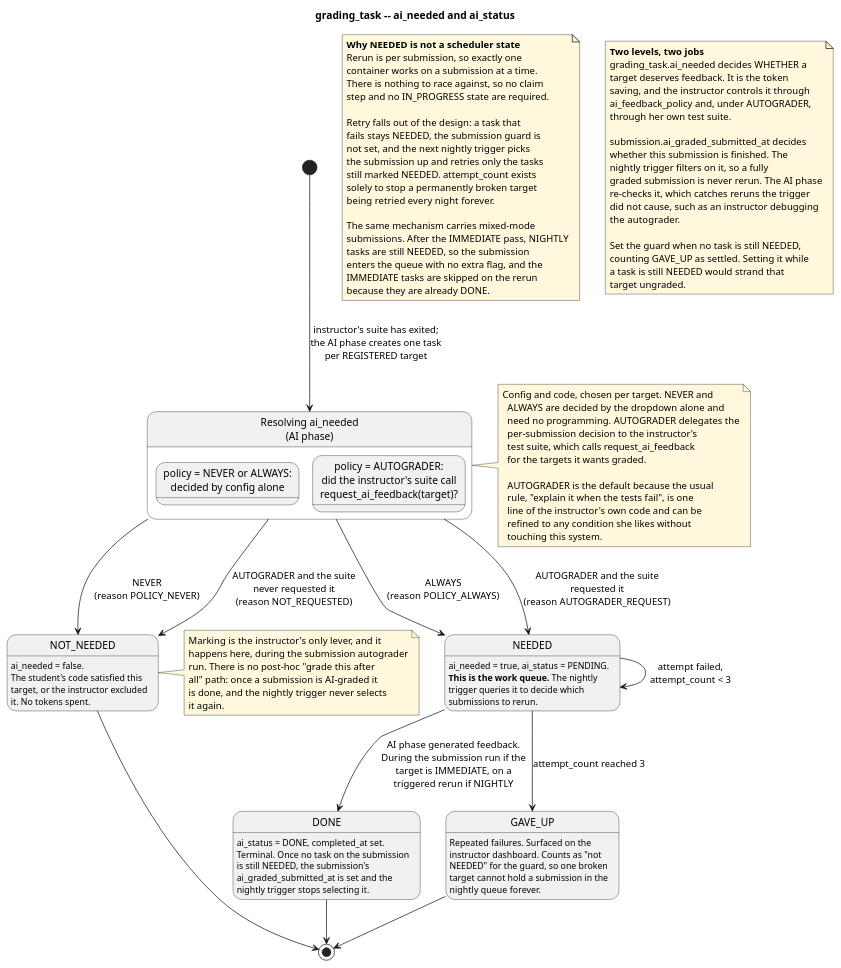
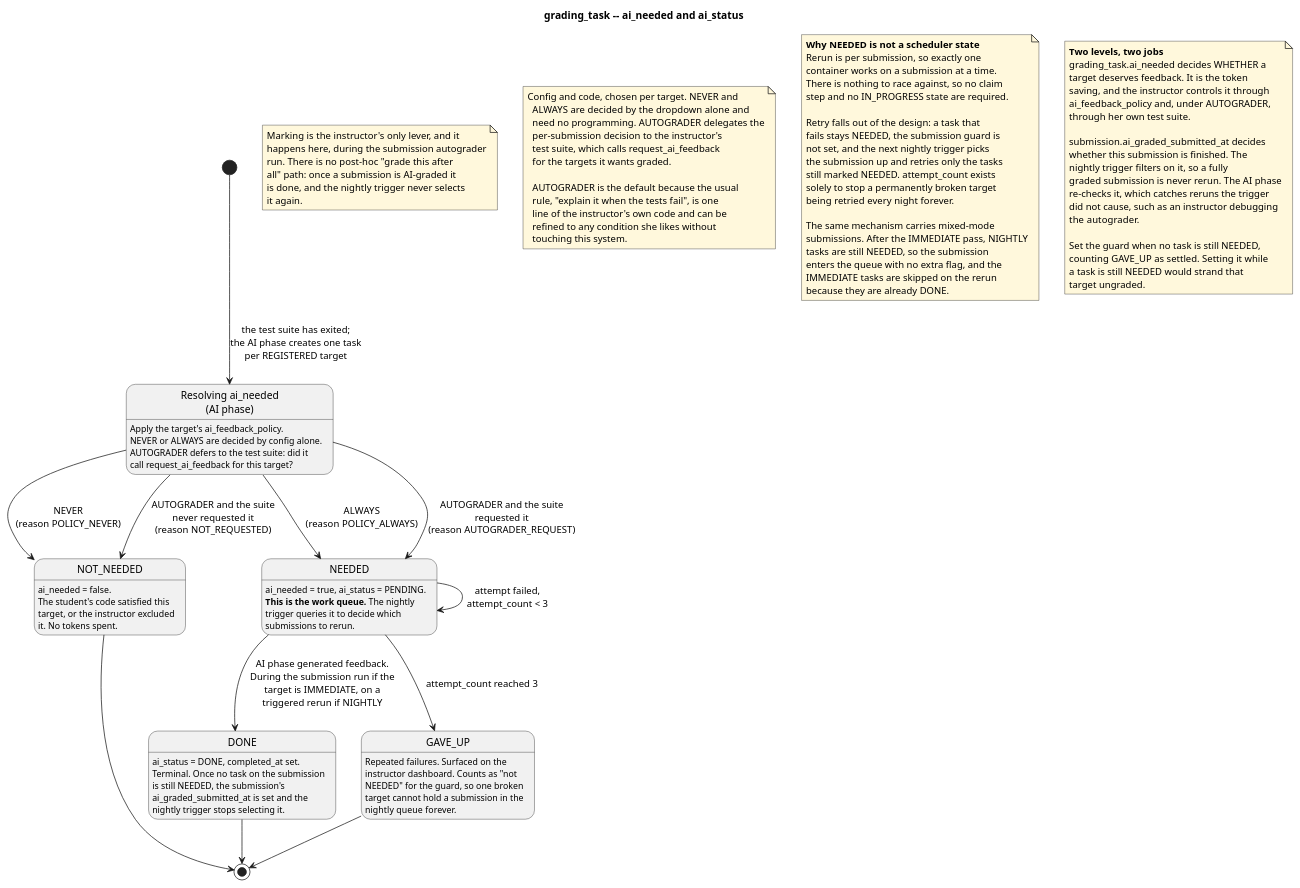
The diagram in docs/architecture/06-grading-task-state.puml (AI-Assisted-Autograder/ai-assisted-autograder), drawn with PlantUML before and after one commit. The commit also changed 6 other files, not shown here.

```diff
--- a/docs/architecture/06-grading-task-state.puml
+++ b/docs/architecture/06-grading-task-state.puml
@@ -1,131 +1,133 @@
 @startuml 06-grading-task-state
 ' =====================================================================
 ' grading_task lifecycle
 ' Traces to: FR-18, FR-29, FR-30, FR-42, NFR-6
 '
 ' One row per (submission, grading target). Two fields:
 '   ai_needed  -- does this target need AI feedback at all
 '   ai_status  -- has that feedback been produced
 '
 ' ai_needed is the important one. It is set by the submission
 ' autograder after functional testing, under instructor control, and it
 ' is what stops the system spending tokens explaining correct code.
 ' =====================================================================
 
 title grading_task -- ai_needed and ai_status
 
 skinparam shadowing false
 skinparam defaultFontName Helvetica
 
-[*] --> Marking : instructor's suite has exited;\nthe AI phase creates one task\nper REGISTERED target
+state "Resolving ai_needed\n(AI phase)" as Marking
 
-state "Resolving ai_needed\n(AI phase)" as Marking {
-  state "policy = NEVER or ALWAYS:\ndecided by config alone" as c_policy
-  state "policy = AUTOGRADER:\ndid the instructor's suite call\nrequest_ai_feedback(target)?" as c_auto
-}
+[*] --> Marking : the test suite has exited;\nthe AI phase creates one task\nper REGISTERED target
+
+Marking : Apply the target's ai_feedback_policy.
+Marking : NEVER or ALWAYS are decided by config alone.
+Marking : AUTOGRADER defers to the test suite: did it
+Marking : call request_ai_feedback for this target?
 
 Marking --> NOT_NEEDED : NEVER\n(reason POLICY_NEVER)
 Marking --> NOT_NEEDED : AUTOGRADER and the suite\nnever requested it\n(reason NOT_REQUESTED)
 Marking --> NEEDED : ALWAYS\n(reason POLICY_ALWAYS)
 Marking --> NEEDED : AUTOGRADER and the suite\nrequested it\n(reason AUTOGRADER_REQUEST)
 
-note right of NOT_NEEDED #FFF8DC
+note as N_NN #FFF8DC
   Marking is the instructor's only lever, and it
   happens here, during the submission autograder
   run. There is no post-hoc "grade this after
   all" path: once a submission is AI-graded it
   is done, and the nightly trigger never selects
   it again.
 end note
 
 NOT_NEEDED : ai_needed = false.
 NOT_NEEDED : The student's code satisfied this
 NOT_NEEDED : target, or the instructor excluded
 NOT_NEEDED : it. No tokens spent.
 
 NEEDED : ai_needed = true, ai_status = PENDING.
 NEEDED : **This is the work queue.** The nightly
 NEEDED : trigger queries it to decide which
 NEEDED : submissions to rerun.
 
 NEEDED --> DONE : AI phase generated feedback.\nDuring the submission run if the\ntarget is IMMEDIATE, on a\ntriggered rerun if NIGHTLY
 NEEDED --> NEEDED : attempt failed,\nattempt_count < 3
 NEEDED --> GAVE_UP : attempt_count reached 3
 
 DONE : ai_status = DONE, completed_at set.
 DONE : Terminal. Once no task on the submission
 DONE : is still NEEDED, the submission's
 DONE : ai_graded_submitted_at is set and the
 DONE : nightly trigger stops selecting it.
 
 GAVE_UP : Repeated failures. Surfaced on the
 GAVE_UP : instructor dashboard. Counts as "not
 GAVE_UP : NEEDED" for the guard, so one broken
 GAVE_UP : target cannot hold a submission in the
 GAVE_UP : nightly queue forever.
 
 DONE --> [*]
 NOT_NEEDED --> [*]
 GAVE_UP --> [*]
 
-note right of Marking #FFF8DC
+note as N_MARK #FFF8DC
 Config and code, chosen per target. NEVER and
   ALWAYS are decided by the dropdown alone and
   need no programming. AUTOGRADER delegates the
   per-submission decision to the instructor's
   test suite, which calls request_ai_feedback
   for the targets it wants graded.
 
   AUTOGRADER is the default because the usual
   rule, "explain it when the tests fail", is one
   line of the instructor's own code and can be
   refined to any condition she likes without
   touching this system.
 end note
 
 note as N1 #FFF8DC
   **Why NEEDED is not a scheduler state**
   Rerun is per submission, so exactly one
   container works on a submission at a time.
   There is nothing to race against, so no claim
   step and no IN_PROGRESS state are required.
 
   Retry falls out of the design: a task that
   fails stays NEEDED, the submission guard is
   not set, and the next nightly trigger picks
   the submission up and retries only the tasks
   still marked NEEDED. attempt_count exists
   solely to stop a permanently broken target
   being retried every night forever.
 
   The same mechanism carries mixed-mode
   submissions. After the IMMEDIATE pass, NIGHTLY
   tasks are still NEEDED, so the submission
   enters the queue with no extra flag, and the
   IMMEDIATE tasks are skipped on the rerun
   because they are already DONE.
 end note
 
 note as N2 #FFF8DC
   **Two levels, two jobs**
   grading_task.ai_needed decides WHETHER a
   target deserves feedback. It is the token
   saving, and the instructor controls it through
   ai_feedback_policy and, under AUTOGRADER,
   through her own test suite.
 
   submission.ai_graded_submitted_at decides
   whether this submission is finished. The
   nightly trigger filters on it, so a fully
   graded submission is never rerun. The AI phase
   re-checks it, which catches reruns the trigger
   did not cause, such as an instructor debugging
   the autograder.
 
   Set the guard when no task is still NEEDED,
   counting GAVE_UP as settled. Setting it while
   a task is still NEEDED would strand that
   target ungraded.
 end note
 
 @enduml
```
